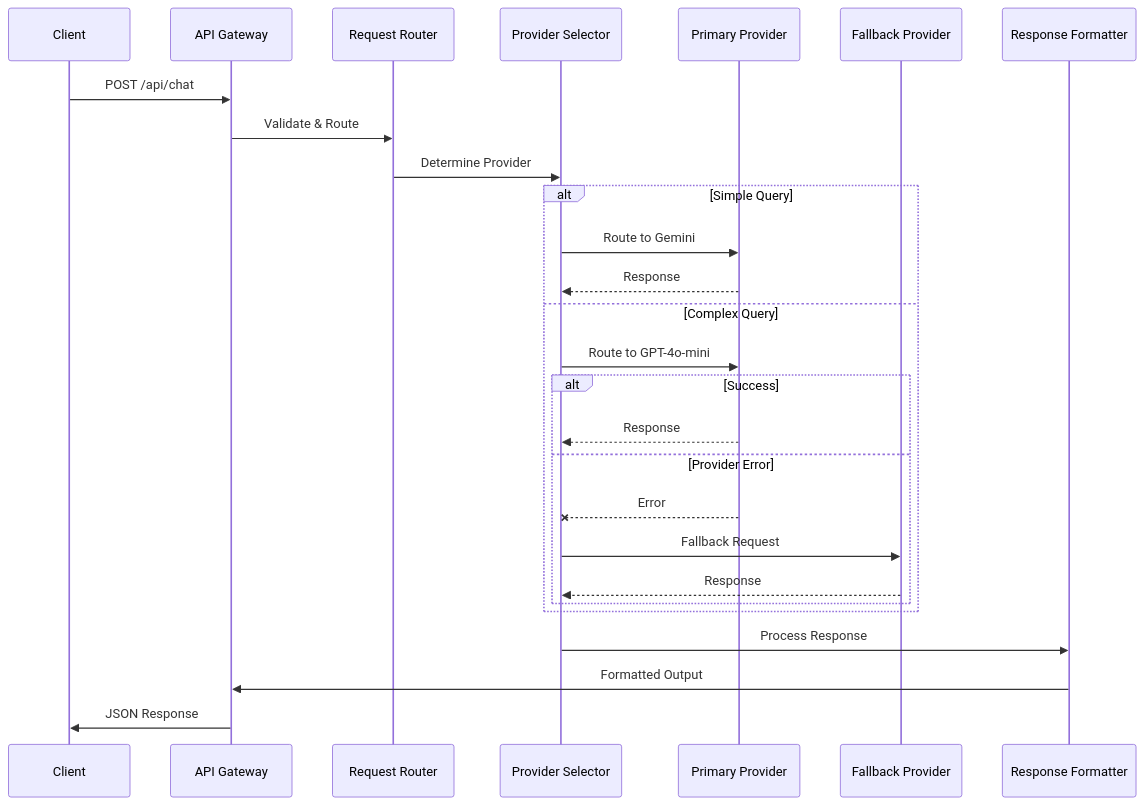
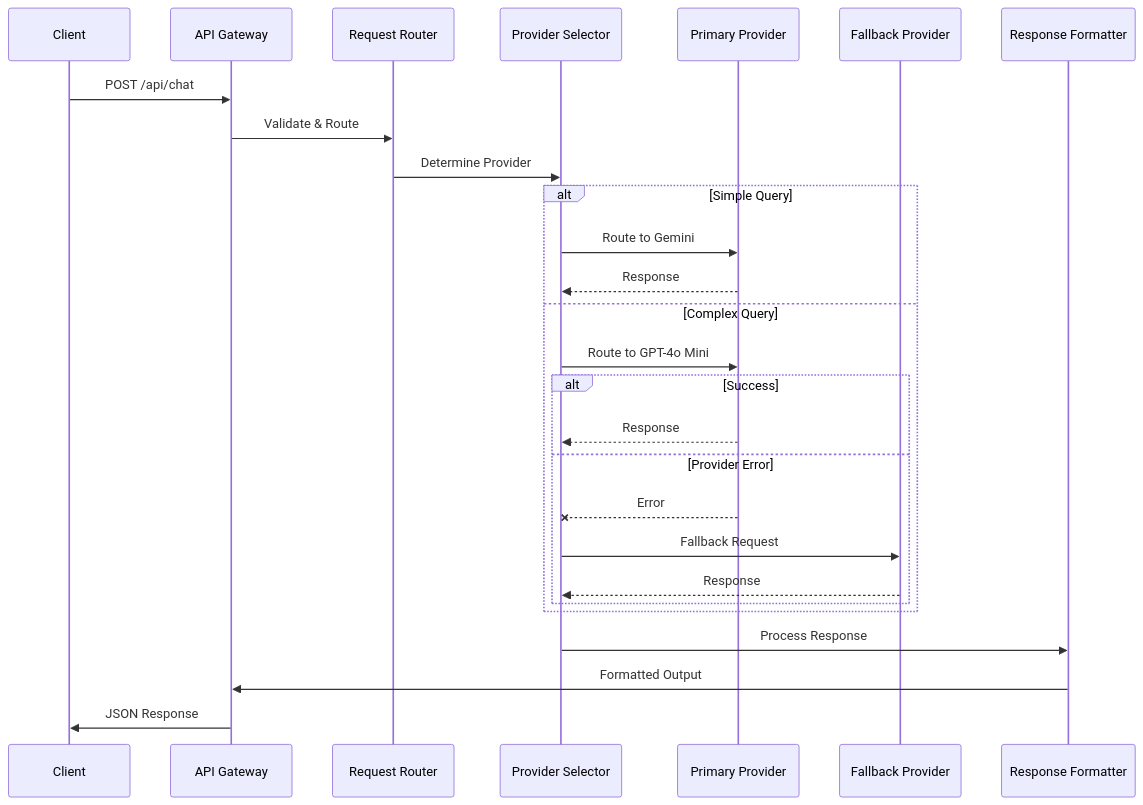
Before and after one commit to Takawell/Aichixia: the second of 4 diagrams in README.md, drawn with Mermaid. The commit also changed other lines of this file, not shown here.

````diff
--- a/README.md
+++ b/README.md
@@ -140,32 +149,32 @@
 ```mermaid
 sequenceDiagram
     participant Client
     participant Gateway as API Gateway
     participant Router as Request Router
     participant Selector as Provider Selector
     participant Provider1 as Primary Provider
     participant Provider2 as Fallback Provider
     participant Formatter as Response Formatter
     
     Client->>Gateway: POST /api/chat
     Gateway->>Router: Validate & Route
     Router->>Selector: Determine Provider
     
     alt Simple Query
         Selector->>Provider1: Route to Gemini
         Provider1-->>Selector: Response
     else Complex Query
-        Selector->>Provider1: Route to GPT-4o-mini
+        Selector->>Provider1: Route to GPT-4o Mini
         alt Success
             Provider1-->>Selector: Response
         else Provider Error
             Provider1--xSelector: Error
             Selector->>Provider2: Fallback Request
             Provider2-->>Selector: Response
         end
     end
     
     Selector->>Formatter: Process Response
     Formatter->>Gateway: Formatted Output
     Gateway->>Client: JSON Response
 ```
````
